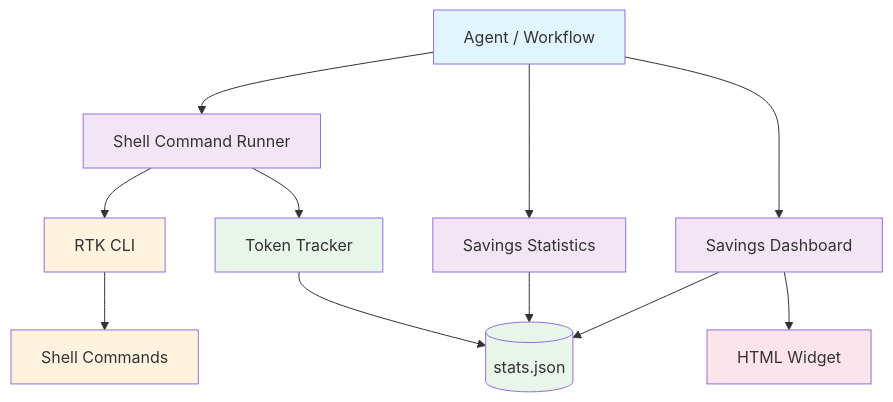
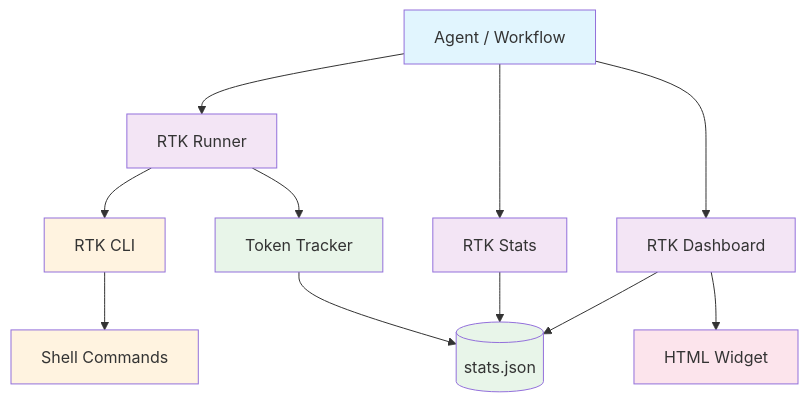
The first of 2 diagrams in README.md (unRekable/rtk-agnt-integration), drawn with Mermaid before and after one commit. The commit also changed other lines of this file, not shown here.

Commit message:
fix: correct README workflow instructions

````diff
--- a/README.md
+++ b/README.md
@@ -13,23 +13,23 @@
 ```mermaid
 graph TD
-    A[Agent / Workflow] --> B[Shell Command Runner]
-    A --> C[Savings Statistics]
-    A --> D[Savings Dashboard]
+    A[Agent / Workflow] --> B[RTK Runner]
+    A --> C[RTK Stats]
+    A --> D[RTK Dashboard]
     B --> E[RTK CLI]
     E --> F[Shell Commands]
     B --> G[Token Tracker]
     G --> H[(stats.json)]
     C --> H
     D --> H
     D --> I[HTML Widget]
 
     style A fill:#e1f5fe
     style B fill:#f3e5f5
     style C fill:#f3e5f5
     style D fill:#f3e5f5
     style E fill:#fff3e0
     style F fill:#fff3e0
     style G fill:#e8f5e9
     style H fill:#e8f5e9
     style I fill:#fce4ec
 ```
````
